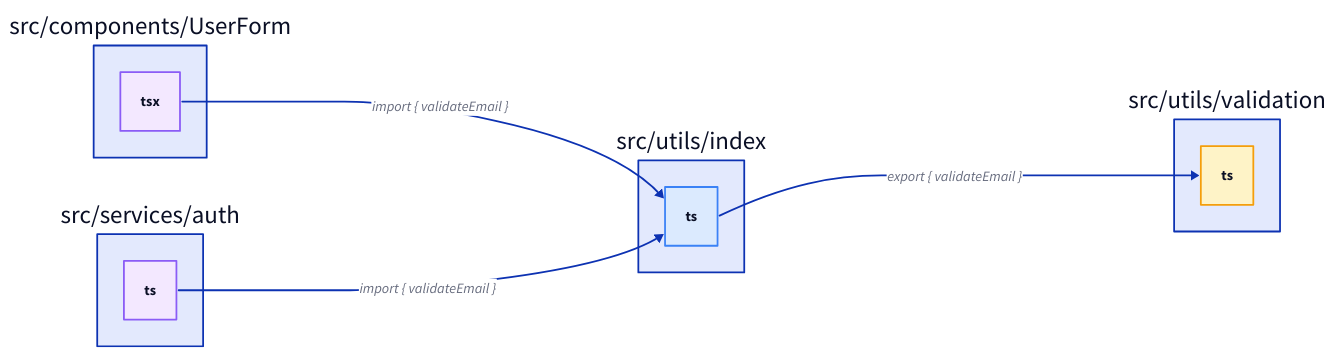
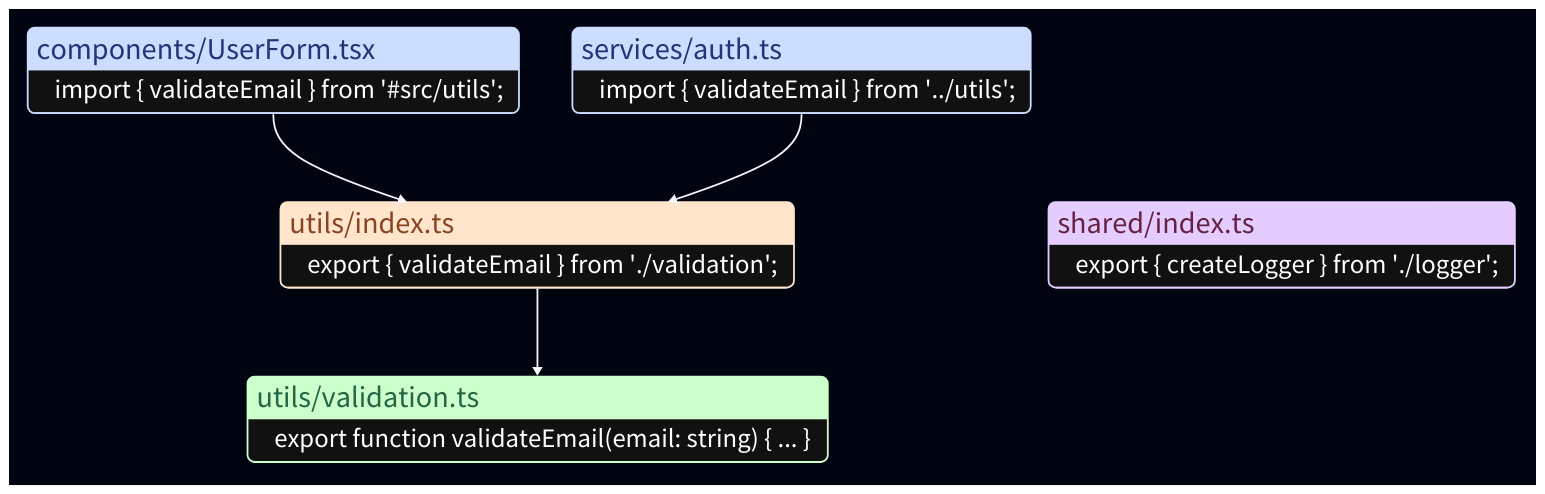
One commit to SubtleTools/move-ts-file changed the first of 2 diagrams in docs/content/docs/index.mdx. Above: the diagram before and after it, drawn with D2. The commit also changed other lines of this file and 10 other files, not shown here.

````diff
--- a/docs/content/docs/index.mdx
+++ b/docs/content/docs/index.mdx
@@ -48,39 +54,94 @@
-```d2
-direction: right
+    ```d2
+    direction: down
 
-src/components/UserForm.tsx -> src/utils/index.ts: "import { validateEmail }"
-src/services/auth.ts -> src/utils/index.ts: "import { validateEmail }"
-src/utils/index.ts -> src/utils/validation.ts: "export { validateEmail }"
+    vars: {
+      d2-config: {
+        theme-id: 201
+        theme-overrides: {
+          N2: "#FFF"
+        }
+      }
+    }
 
-src/utils/validation.ts: {
-  shape: rectangle
-  style: {
-    fill: "#fef3c7"
-    stroke: "#f59e0b"
-  }
-}
+    classes: {
+      base: {
+        style: {
+          stroke: white
+          border-radius: 8
+          font: mono
+          font-size: 30
+          bold: false
+          fill: "#111"
+          shadow: true
+          stroke: "#111"
+        }
+      }
 
-src/utils/index.ts: {
-  shape: rectangle
-  style: {
-    fill: "#dbeafe"
-    stroke: "#3b82f6"
-  }
-}
+      file: {
+        shape: rectangle
+        style: {
+          fill: "#CCDDFF"
+          font-color: "#237"
+        }
+      }
 
-src/components/UserForm.tsx: {
-  shape: rectangle
-  style: {
-    fill: "#f3e8ff"
-    stroke: "#8b5cf6"
-  }
-}
+      barrel_utils: {
+        shape: rectangle
+        style: {
+          fill: "#FFE5CC"
+          font-color: "#842"
+        }
+      }
 
-src/services/auth.ts: {
-  shape: rectangle
-  style: {
-    fill: "#f3e8ff"
-    stroke: "#8b5cf6"
-  }
-}
-```
+      barrel_shared: {
+        shape: rectangle
+        style: {
+          fill: "#E5CCFF"
+          font-color: "#624"
+        }
+      }
+
+      validation: {
+        shape: rectangle
+        style: {
+          fill: "#CCFFCC"
+          font-color: "#264"
+        }
+      }
+    }
+
+    shared: shared/index.ts {
+      near: center-right
+      shape: sql_table
+      class: [base; barrel_shared]
+      "": "export { createLogger } from './logger';"
+    }
+
+    UserForm: components/UserForm.tsx {
+      shape: sql_table
+      class: [base; file]
+      "": "import { validateEmail } from '#src/utils';"
+    }
+
+    auth: services/auth.ts {
+      shape: sql_table
+      class: [base; file]
+      "": "import { validateEmail } from '../utils';"
+    }
+
+    utils: utils/index.ts {
+      shape: sql_table
+      class: [base; barrel_utils]
+      "": "export { validateEmail } from './validation';"
+    }
+
+    validation: utils/validation.ts {
+      shape: sql_table
+      class: [base; validation]
+      "": "export function validateEmail(email: string) { ... }"
+    }
+
+    UserForm -> utils
+    auth -> utils
+    utils -> validation
+    ```
````
